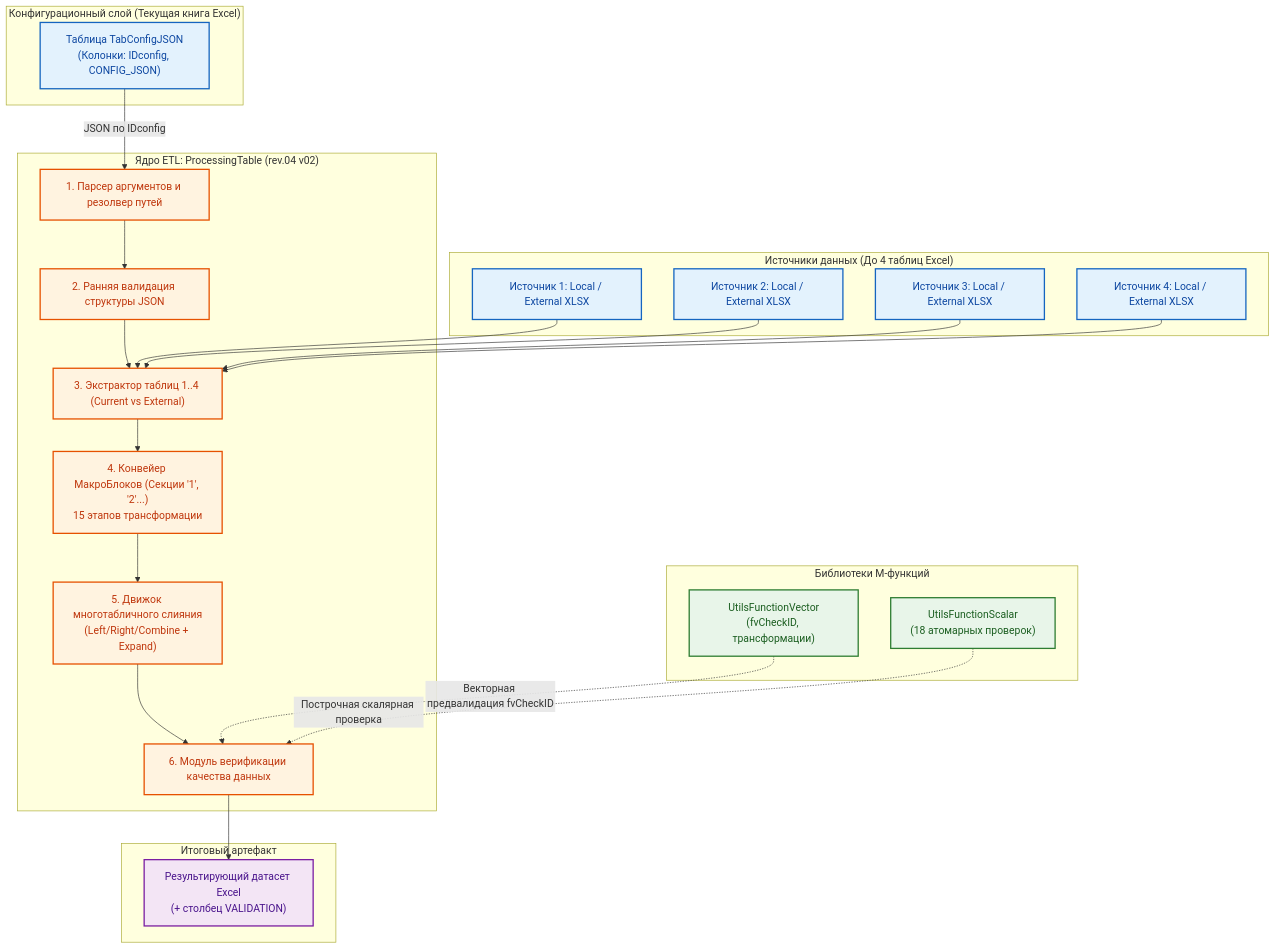
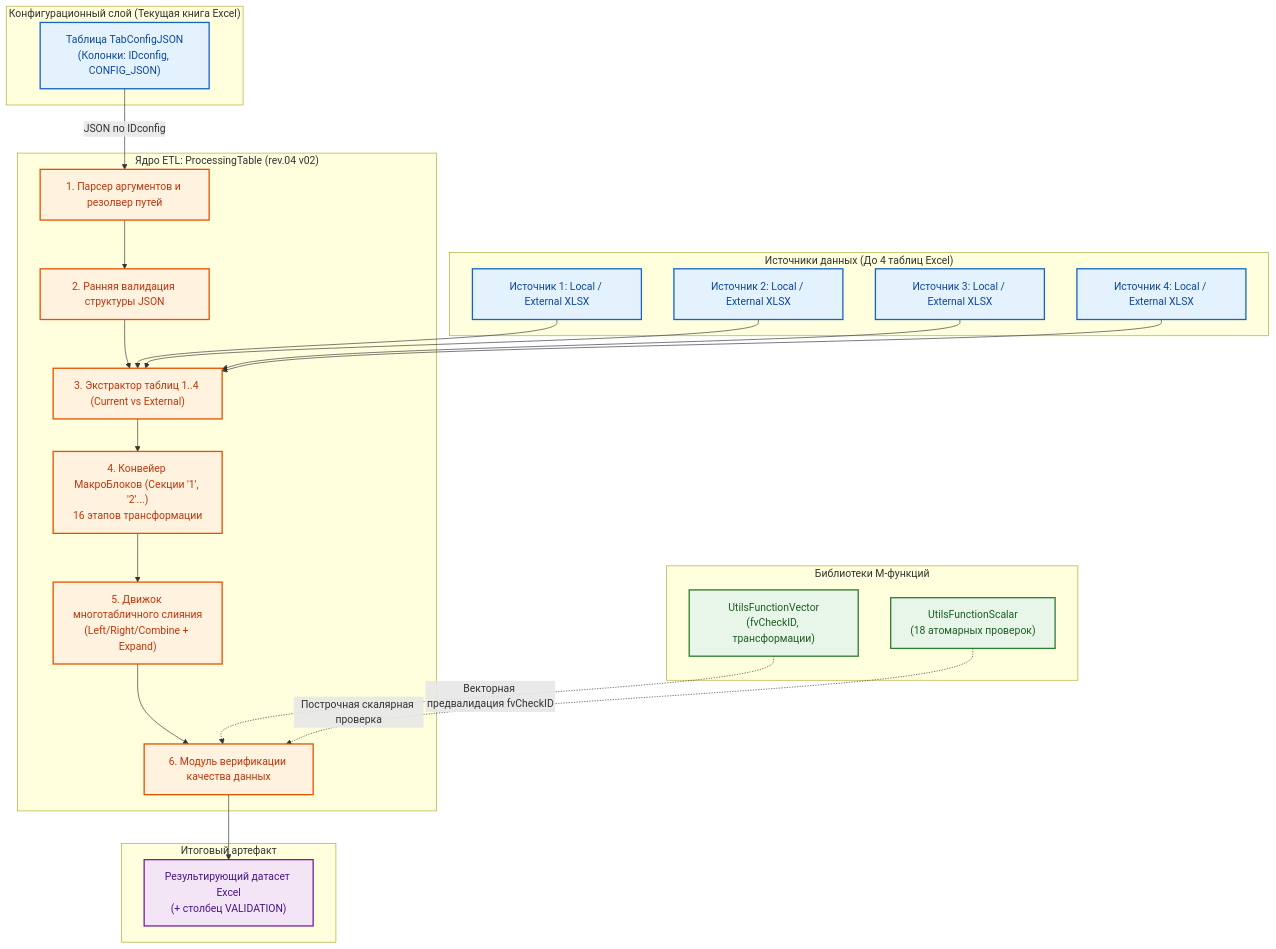
One commit to Konkery/Project-1_2026-N2-MAS changed the first of 4 diagrams in 03__Проект/05__pq-script/01__general/03__ETL-processing/README-etl-processor.md. Above: the diagram before and after it, drawn with Mermaid. The commit also changed other lines of this file and 5 other files, not shown here.

````diff
--- a/03__Проект/05__pq-script/01__general/03__ETL-processing/README-etl-processor.md
+++ b/03__Проект/05__pq-script/01__general/03__ETL-processing/README-etl-processor.md
@@ -33,47 +33,47 @@
 ```mermaid
 flowchart TD
     classDef storage fill:#E3F2FD,stroke:#1565C0,stroke-width:2px,color:#0D47A1;
     classDef engine fill:#FFF3E0,stroke:#E65100,stroke-width:2px,color:#BF360C;
     classDef lib fill:#E8F5E9,stroke:#2E7D32,stroke-width:2px,color:#1B5E20;
     classDef output fill:#F3E5F5,stroke:#7B1FA2,stroke-width:2px,color:#4A148C;
 
     subgraph ConfigStorage ["Конфигурационный слой (Текущая книга Excel)"]
         TabConfig["Таблица TabConfigJSON<br/>(Колонки: IDconfig, CONFIG_JSON)"]:::storage
     end
 
     subgraph ProcessorCore ["Ядро ETL: ProcessingTable (rev.04 v02)"]
         ArgResolver["1. Парсер аргументов и резолвер путей"]:::engine
         ConfigValidator["2. Ранняя валидация структуры JSON"]:::engine
         TableLoader["3. Экстрактор таблиц 1..4 (Current vs External)"]:::engine
-        MacroEngine["4. Конвейер МакроБлоков (Секции '1', '2'...)<br/>15 этапов трансформации"]:::engine
+        MacroEngine["4. Конвейер МакроБлоков (Секции '1', '2'...)<br/>16 этапов трансформации"]:::engine
         JoinEngine["5. Движок многотабличного слияния<br/>(Left/Right/Combine + Expand)"]:::engine
         ValidationEngine["6. Модуль верификации качества данных"]:::engine
     end
 
     subgraph DataSources ["Источники данных (До 4 таблиц Excel)"]
         Src1["Источник 1: Local / External XLSX"]:::storage
         Src2["Источник 2: Local / External XLSX"]:::storage
         Src3["Источник 3: Local / External XLSX"]:::storage
         Src4["Источник 4: Local / External XLSX"]:::storage
     end
 
     subgraph Libraries ["Библиотеки M-функций"]
         ScalarLib["UtilsFunctionScalar<br/>(18 атомарных проверок)"]:::lib
         VectorLib["UtilsFunctionVector<br/>(fvCheckID, трансформации)"]:::lib
     end
 
     subgraph TargetOutput ["Итоговый артефакт"]
         ResultTable["Результирующий датасет Excel<br/>(+ столбец VALIDATION)"]:::output
     end
 
     TabConfig -->|JSON по IDconfig| ArgResolver
     ArgResolver --> ConfigValidator
     ConfigValidator --> TableLoader
     Src1 & Src2 & Src3 & Src4 --> TableLoader
     TableLoader --> MacroEngine
     MacroEngine --> JoinEngine
     JoinEngine --> ValidationEngine
     VectorLib -.->|Векторная предвалидация fvCheckID| ValidationEngine
     ScalarLib -.->|Построчная скалярная проверка| ValidationEngine
     ValidationEngine --> ResultTable
 ```
````
